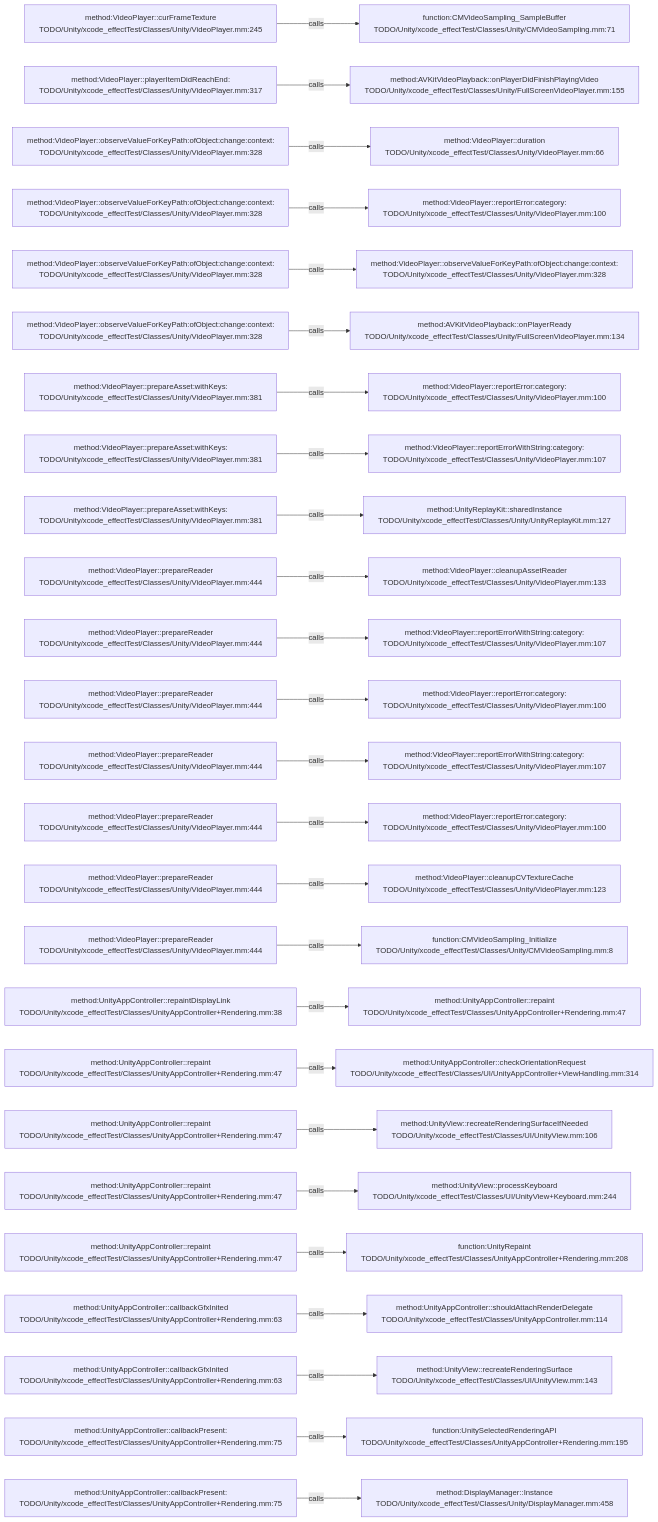
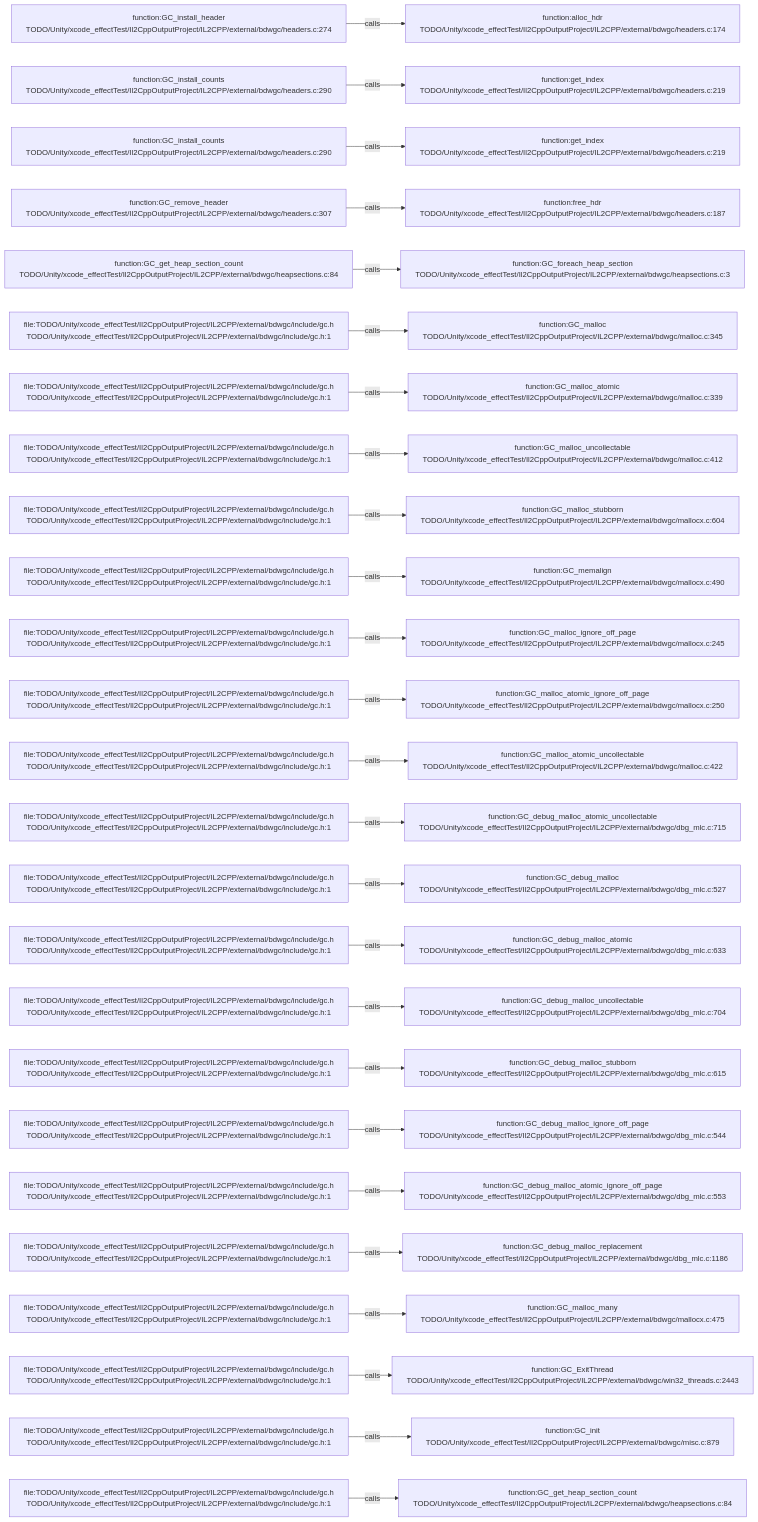
Before and after one commit to JobsKits/JobsSwiftBaseConfigDemo: the diagram in .codegraph/codegraph.md/graphs/calls-113.md, drawn with Mermaid. The commit also changed 227 other files, not shown here.

````diff
--- a/.codegraph/codegraph.md/graphs/calls-113.md
+++ b/.codegraph/codegraph.md/graphs/calls-113.md
@@ -13,78 +13,78 @@
 ```mermaid
 flowchart LR
-  S1["method:VideoPlayer::curFrameTexture<br/>TODO/Unity/xcode_effectTest/Classes/Unity/VideoPlayer.mm:245"]
-  T1["function:CMVideoSampling_SampleBuffer<br/>TODO/Unity/xcode_effectTest/Classes/Unity/CMVideoSampling.mm:71"]
+  S1["function:GC_install_header<br/>TODO/Unity/xcode_effectTest/Il2CppOutputProject/IL2CPP/external/bdwgc/headers.c:274"]
+  T1["function:alloc_hdr<br/>TODO/Unity/xcode_effectTest/Il2CppOutputProject/IL2CPP/external/bdwgc/headers.c:174"]
   S1 -->|calls| T1
-  S2["method:VideoPlayer::playerItemDidReachEnd:<br/>TODO/Unity/xcode_effectTest/Classes/Unity/VideoPlayer.mm:317"]
-  T2["method:AVKitVideoPlayback::onPlayerDidFinishPlayingVideo<br/>TODO/Unity/xcode_effectTest/Classes/Unity/FullScreenVideoPlayer.mm:155"]
+  S2["function:GC_install_counts<br/>TODO/Unity/xcode_effectTest/Il2CppOutputProject/IL2CPP/external/bdwgc/headers.c:290"]
+  T2["function:get_index<br/>TODO/Unity/xcode_effectTest/Il2CppOutputProject/IL2CPP/external/bdwgc/headers.c:219"]
   S2 -->|calls| T2
-  S3["method:VideoPlayer::observeValueForKeyPath:ofObject:change:context:<br/>TODO/Unity/xcode_effectTest/Classes/Unity/VideoPlayer.mm:328"]
-  T3["method:VideoPlayer::duration<br/>TODO/Unity/xcode_effectTest/Classes/Unity/VideoPlayer.mm:66"]
+  S3["function:GC_install_counts<br/>TODO/Unity/xcode_effectTest/Il2CppOutputProject/IL2CPP/external/bdwgc/headers.c:290"]
+  T3["function:get_index<br/>TODO/Unity/xcode_effectTest/Il2CppOutputProject/IL2CPP/external/bdwgc/headers.c:219"]
   S3 -->|calls| T3
-  S4["method:VideoPlayer::observeValueForKeyPath:ofObject:change:context:<br/>TODO/Unity/xcode_effectTest/Classes/Unity/VideoPlayer.mm:328"]
-  T4["method:VideoPlayer::reportError:category:<br/>TODO/Unity/xcode_effectTest/Classes/Unity/VideoPlayer.mm:100"]
+  S4["function:GC_remove_header<br/>TODO/Unity/xcode_effectTest/Il2CppOutputProject/IL2CPP/external/bdwgc/headers.c:307"]
+  T4["function:free_hdr<br/>TODO/Unity/xcode_effectTest/Il2CppOutputProject/IL2CPP/external/bdwgc/headers.c:187"]
   S4 -->|calls| T4
-  S5["method:VideoPlayer::observeValueForKeyPath:ofObject:change:context:<br/>TODO/Unity/xcode_effectTest/Classes/Unity/VideoPlayer.mm:328"]
-  T5["method:VideoPlayer::observeValueForKeyPath:ofObject:change:context:<br/>TODO/Unity/xcode_effectTest/Classes/Unity/VideoPlayer.mm:328"]
+  S5["function:GC_get_heap_section_count<br/>TODO/Unity/xcode_effectTest/Il2CppOutputProject/IL2CPP/external/bdwgc/heapsections.c:84"]
+  T5["function:GC_foreach_heap_section<br/>TODO/Unity/xcode_effectTest/Il2CppOutputProject/IL2CPP/external/bdwgc/heapsections.c:3"]
   S5 -->|calls| T5
-  S6["method:VideoPlayer::observeValueForKeyPath:ofObject:change:context:<br/>TODO/Unity/xcode_effectTest/Classes/Unity/VideoPlayer.mm:328"]
-  T6["method:AVKitVideoPlayback::onPlayerReady<br/>TODO/Unity/xcode_effectTest/Classes/Unity/FullScreenVideoPlayer.mm:134"]
+  S6["file:TODO/Unity/xcode_effectTest/Il2CppOutputProject/IL2CPP/external/bdwgc/include/gc.h<br/>TODO/Unity/xcode_effectTest/Il2CppOutputProject/IL2CPP/external/bdwgc/include/gc.h:1"]
+  T6["function:GC_malloc<br/>TODO/Unity/xcode_effectTest/Il2CppOutputProject/IL2CPP/external/bdwgc/malloc.c:345"]
   S6 -->|calls| T6
-  S7["method:VideoPlayer::prepareAsset:withKeys:<br/>TODO/Unity/xcode_effectTest/Classes/Unity/VideoPlayer.mm:381"]
-  T7["method:VideoPlayer::reportError:category:<br/>TODO/Unity/xcode_effectTest/Classes/Unity/VideoPlayer.mm:100"]
+  S7["file:TODO/Unity/xcode_effectTest/Il2CppOutputProject/IL2CPP/external/bdwgc/include/gc.h<br/>TODO/Unity/xcode_effectTest/Il2CppOutputProject/IL2CPP/external/bdwgc/include/gc.h:1"]
+  T7["function:GC_malloc_atomic<br/>TODO/Unity/xcode_effectTest/Il2CppOutputProject/IL2CPP/external/bdwgc/malloc.c:339"]
   S7 -->|calls| T7
-  S8["method:VideoPlayer::prepareAsset:withKeys:<br/>TODO/Unity/xcode_effectTest/Classes/Unity/VideoPlayer.mm:381"]
-  T8["method:VideoPlayer::reportErrorWithString:category:<br/>TODO/Unity/xcode_effectTest/Classes/Unity/VideoPlayer.mm:107"]
+  S8["file:TODO/Unity/xcode_effectTest/Il2CppOutputProject/IL2CPP/external/bdwgc/include/gc.h<br/>TODO/Unity/xcode_effectTest/Il2CppOutputProject/IL2CPP/external/bdwgc/include/gc.h:1"]
+  T8["function:GC_malloc_uncollectable<br/>TODO/Unity/xcode_effectTest/Il2CppOutputProject/IL2CPP/external/bdwgc/malloc.c:412"]
   S8 -->|calls| T8
-  S9["method:VideoPlayer::prepareAsset:withKeys:<br/>TODO/Unity/xcode_effectTest/Classes/Unity/VideoPlayer.mm:381"]
-  T9["method:UnityReplayKit::sharedInstance<br/>TODO/Unity/xcode_effectTest/Classes/Unity/UnityReplayKit.mm:127"]
+  S9["file:TODO/Unity/xcode_effectTest/Il2CppOutputProject/IL2CPP/external/bdwgc/include/gc.h<br/>TODO/Unity/xcode_effectTest/Il2CppOutputProject/IL2CPP/external/bdwgc/include/gc.h:1"]
+  T9["function:GC_malloc_stubborn<br/>TODO/Unity/xcode_effectTest/Il2CppOutputProject/IL2CPP/external/bdwgc/mallocx.c:604"]
   S9 -->|calls| T9
-  S10["method:VideoPlayer::prepareReader<br/>TODO/Unity/xcode_effectTest/Classes/Unity/VideoPlayer.mm:444"]
-  T10["method:VideoPlayer::cleanupAssetReader<br/>TODO/Unity/xcode_effectTest/Classes/Unity/VideoPlayer.mm:133"]
+  S10["file:TODO/Unity/xcode_effectTest/Il2CppOutputProject/IL2CPP/external/bdwgc/include/gc.h<br/>TODO/Unity/xcode_effectTest/Il2CppOutputProject/IL2CPP/external/bdwgc/include/gc.h:1"]
+  T10["function:GC_memalign<br/>TODO/Unity/xcode_effectTest/Il2CppOutputProject/IL2CPP/external/bdwgc/mallocx.c:490"]
   S10 -->|calls| T10
-  S11["method:VideoPlayer::prepareReader<br/>TODO/Unity/xcode_effectTest/Classes/Unity/VideoPlayer.mm:444"]
-  T11["method:VideoPlayer::reportErrorWithString:category:<br/>TODO/Unity/xcode_effectTest/Classes/Unity/VideoPlayer.mm:107"]
+  S11["file:TODO/Unity/xcode_effectTest/Il2CppOutputProject/IL2CPP/external/bdwgc/include/gc.h<br/>TODO/Unity/xcode_effectTest/Il2CppOutputProject/IL2CPP/external/bdwgc/include/gc.h:1"]
+  T11["function:GC_malloc_ignore_off_page<br/>TODO/Unity/xcode_effectTest/Il2CppOutputProject/IL2CPP/external/bdwgc/mallocx.c:245"]
   S11 -->|calls| T11
-  S12["method:VideoPlayer::prepareReader<br/>TODO/Unity/xcode_effectTest/Classes/Unity/VideoPlayer.mm:444"]
-  T12["method:VideoPlayer::reportError:category:<br/>TODO/Unity/xcode_effectTest/Classes/Unity/VideoPlayer.mm:100"]
+  S12["file:TODO/Unity/xcode_effectTest/Il2CppOutputProject/IL2CPP/external/bdwgc/include/gc.h<br/>TODO/Unity/xcode_effectTest/Il2CppOutputProject/IL2CPP/external/bdwgc/include/gc.h:1"]
+  T12["function:GC_malloc_atomic_ignore_off_page<br/>TODO/Unity/xcode_effectTest/Il2CppOutputProject/IL2CPP/external/bdwgc/mallocx.c:250"]
   S12 -->|calls| T12
-  S13["method:VideoPlayer::prepareReader<br/>TODO/Unity/xcode_effectTest/Classes/Unity/VideoPlayer.mm:444"]
-  T13["method:VideoPlayer::reportErrorWithString:category:<br/>TODO/Unity/xcode_effectTest/Classes/Unity/VideoPlayer.mm:107"]
+  S13["file:TODO/Unity/xcode_effectTest/Il2CppOutputProject/IL2CPP/external/bdwgc/include/gc.h<br/>TODO/Unity/xcode_effectTest/Il2CppOutputProject/IL2CPP/external/bdwgc/include/gc.h:1"]
+  T13["function:GC_malloc_atomic_uncollectable<br/>TODO/Unity/xcode_effectTest/Il2CppOutputProject/IL2CPP/external/bdwgc/malloc.c:422"]
   S13 -->|calls| T13
-  S14["method:VideoPlayer::prepareReader<br/>TODO/Unity/xcode_effectTest/Classes/Unity/VideoPlayer.mm:444"]
-  T14["method:VideoPlayer::reportError:category:<br/>TODO/Unity/xcode_effectTest/Classes/Unity/VideoPlayer.mm:100"]
+  S14["file:TODO/Unity/xcode_effectTest/Il2CppOutputProject/IL2CPP/external/bdwgc/include/gc.h<br/>TODO/Unity/xcode_effectTest/Il2CppOutputProject/IL2CPP/external/bdwgc/include/gc.h:1"]
+  T14["function:GC_debug_malloc_atomic_uncollectable<br/>TODO/Unity/xcode_effectTest/Il2CppOutputProject/IL2CPP/external/bdwgc/dbg_mlc.c:715"]
   S14 -->|calls| T14
-  S15["method:VideoPlayer::prepareReader<br/>TODO/Unity/xcode_effectTest/Classes/Unity/VideoPlayer.mm:444"]
-  T15["method:VideoPlayer::cleanupCVTextureCache<br/>TODO/Unity/xcode_effectTest/Classes/Unity/VideoPlayer.mm:123"]
+  S15["file:TODO/Unity/xcode_effectTest/Il2CppOutputProject/IL2CPP/external/bdwgc/include/gc.h<br/>TODO/Unity/xcode_effectTest/Il2CppOutputProject/IL2CPP/external/bdwgc/include/gc.h:1"]
+  T15["function:GC_debug_malloc<br/>TODO/Unity/xcode_effectTest/Il2CppOutputProject/IL2CPP/external/bdwgc/dbg_mlc.c:527"]
   S15 -->|calls| T15
-  S16["method:VideoPlayer::prepareReader<br/>TODO/Unity/xcode_effectTest/Classes/Unity/VideoPlayer.mm:444"]
-  T16["function:CMVideoSampling_Initialize<br/>TODO/Unity/xcode_effectTest/Classes/Unity/CMVideoSampling.mm:8"]
+  S16["file:TODO/Unity/xcode_effectTest/Il2CppOutputProject/IL2CPP/external/bdwgc/include/gc.h<br/>TODO/Unity/xcode_effectTest/Il2CppOutputProject/IL2CPP/external/bdwgc/include/gc.h:1"]
+  T16["function:GC_debug_malloc_atomic<br/>TODO/Unity/xcode_effectTest/Il2CppOutputProject/IL2CPP/external/bdwgc/dbg_mlc.c:633"]
   S16 -->|calls| T16
-  S17["method:UnityAppController::repaintDisplayLink<br/>TODO/Unity/xcode_effectTest/Classes/UnityAppController+Rendering.mm:38"]
-  T17["method:UnityAppController::repaint<br/>TODO/Unity/xcode_effectTest/Classes/UnityAppController+Rendering.mm:47"]
+  S17["file:TODO/Unity/xcode_effectTest/Il2CppOutputProject/IL2CPP/external/bdwgc/include/gc.h<br/>TODO/Unity/xcode_effectTest/Il2CppOutputProject/IL2CPP/external/bdwgc/include/gc.h:1"]
+  T17["function:GC_debug_malloc_uncollectable<br/>TODO/Unity/xcode_effectTest/Il2CppOutputProject/IL2CPP/external/bdwgc/dbg_mlc.c:704"]
   S17 -->|calls| T17
-  S18["method:UnityAppController::repaint<br/>TODO/Unity/xcode_effectTest/Classes/UnityAppController+Rendering.mm:47"]
-  T18["method:UnityAppController::checkOrientationRequest<br/>TODO/Unity/xcode_effectTest/Classes/UI/UnityAppController+ViewHandling.mm:314"]
+  S18["file:TODO/Unity/xcode_effectTest/Il2CppOutputProject/IL2CPP/external/bdwgc/include/gc.h<br/>TODO/Unity/xcode_effectTest/Il2CppOutputProject/IL2CPP/external/bdwgc/include/gc.h:1"]
+  T18["function:GC_debug_malloc_stubborn<br/>TODO/Unity/xcode_effectTest/Il2CppOutputProject/IL2CPP/external/bdwgc/dbg_mlc.c:615"]
   S18 -->|calls| T18
-  S19["method:UnityAppController::repaint<br/>TODO/Unity/xcode_effectTest/Classes/UnityAppController+Rendering.mm:47"]
-  T19["method:UnityView::recreateRenderingSurfaceIfNeeded<br/>TODO/Unity/xcode_effectTest/Classes/UI/UnityView.mm:106"]
+  S19["file:TODO/Unity/xcode_effectTest/Il2CppOutputProject/IL2CPP/external/bdwgc/include/gc.h<br/>TODO/Unity/xcode_effectTest/Il2CppOutputProject/IL2CPP/external/bdwgc/include/gc.h:1"]
+  T19["function:GC_debug_malloc_ignore_off_page<br/>TODO/Unity/xcode_effectTest/Il2CppOutputProject/IL2CPP/external/bdwgc/dbg_mlc.c:544"]
   S19 -->|calls| T19
-  S20["method:UnityAppController::repaint<br/>TODO/Unity/xcode_effectTest/Classes/UnityAppController+Rendering.mm:47"]
-  T20["method:UnityView::processKeyboard<br/>TODO/Unity/xcode_effectTest/Classes/UI/UnityView+Keyboard.mm:244"]
+  S20["file:TODO/Unity/xcode_effectTest/Il2CppOutputProject/IL2CPP/external/bdwgc/include/gc.h<br/>TODO/Unity/xcode_effectTest/Il2CppOutputProject/IL2CPP/external/bdwgc/include/gc.h:1"]
+  T20["function:GC_debug_malloc_atomic_ignore_off_page<br/>TODO/Unity/xcode_effectTest/Il2CppOutputProject/IL2CPP/external/bdwgc/dbg_mlc.c:553"]
   S20 -->|calls| T20
-  S21["method:UnityAppController::repaint<br/>TODO/Unity/xcode_effectTest/Classes/UnityAppController+Rendering.mm:47"]
-  T21["function:UnityRepaint<br/>TODO/Unity/xcode_effectTest/Classes/UnityAppController+Rendering.mm:208"]
+  S21["file:TODO/Unity/xcode_effectTest/Il2CppOutputProject/IL2CPP/external/bdwgc/include/gc.h<br/>TODO/Unity/xcode_effectTest/Il2CppOutputProject/IL2CPP/external/bdwgc/include/gc.h:1"]
+  T21["function:GC_debug_malloc_replacement<br/>TODO/Unity/xcode_effectTest/Il2CppOutputProject/IL2CPP/external/bdwgc/dbg_mlc.c:1186"]
   S21 -->|calls| T21
-  S22["method:UnityAppController::callbackGfxInited<br/>TODO/Unity/xcode_effectTest/Classes/UnityAppController+Rendering.mm:63"]
-  T22["method:UnityAppController::shouldAttachRenderDelegate<br/>TODO/Unity/xcode_effectTest/Classes/UnityAppController.mm:114"]
+  S22["file:TODO/Unity/xcode_effectTest/Il2CppOutputProject/IL2CPP/external/bdwgc/include/gc.h<br/>TODO/Unity/xcode_effectTest/Il2CppOutputProject/IL2CPP/external/bdwgc/include/gc.h:1"]
+  T22["function:GC_malloc_many<br/>TODO/Unity/xcode_effectTest/Il2CppOutputProject/IL2CPP/external/bdwgc/mallocx.c:475"]
   S22 -->|calls| T22
-  S23["method:UnityAppController::callbackGfxInited<br/>TODO/Unity/xcode_effectTest/Classes/UnityAppController+Rendering.mm:63"]
-  T23["method:UnityView::recreateRenderingSurface<br/>TODO/Unity/xcode_effectTest/Classes/UI/UnityView.mm:143"]
+  S23["file:TODO/Unity/xcode_effectTest/Il2CppOutputProject/IL2CPP/external/bdwgc/include/gc.h<br/>TODO/Unity/xcode_effectTest/Il2CppOutputProject/IL2CPP/external/bdwgc/include/gc.h:1"]
+  T23["function:GC_ExitThread<br/>TODO/Unity/xcode_effectTest/Il2CppOutputProject/IL2CPP/external/bdwgc/win32_threads.c:2443"]
   S23 -->|calls| T23
-  S24["method:UnityAppController::callbackPresent:<br/>TODO/Unity/xcode_effectTest/Classes/UnityAppController+Rendering.mm:75"]
-  T24["function:UnitySelectedRenderingAPI<br/>TODO/Unity/xcode_effectTest/Classes/UnityAppController+Rendering.mm:195"]
+  S24["file:TODO/Unity/xcode_effectTest/Il2CppOutputProject/IL2CPP/external/bdwgc/include/gc.h<br/>TODO/Unity/xcode_effectTest/Il2CppOutputProject/IL2CPP/external/bdwgc/include/gc.h:1"]
+  T24["function:GC_init<br/>TODO/Unity/xcode_effectTest/Il2CppOutputProject/IL2CPP/external/bdwgc/misc.c:879"]
   S24 -->|calls| T24
-  S25["method:UnityAppController::callbackPresent:<br/>TODO/Unity/xcode_effectTest/Classes/UnityAppController+Rendering.mm:75"]
-  T25["method:DisplayManager::Instance<br/>TODO/Unity/xcode_effectTest/Classes/Unity/DisplayManager.mm:458"]
+  S25["file:TODO/Unity/xcode_effectTest/Il2CppOutputProject/IL2CPP/external/bdwgc/include/gc.h<br/>TODO/Unity/xcode_effectTest/Il2CppOutputProject/IL2CPP/external/bdwgc/include/gc.h:1"]
+  T25["function:GC_get_heap_section_count<br/>TODO/Unity/xcode_effectTest/Il2CppOutputProject/IL2CPP/external/bdwgc/heapsections.c:84"]
   S25 -->|calls| T25
 ```
````
